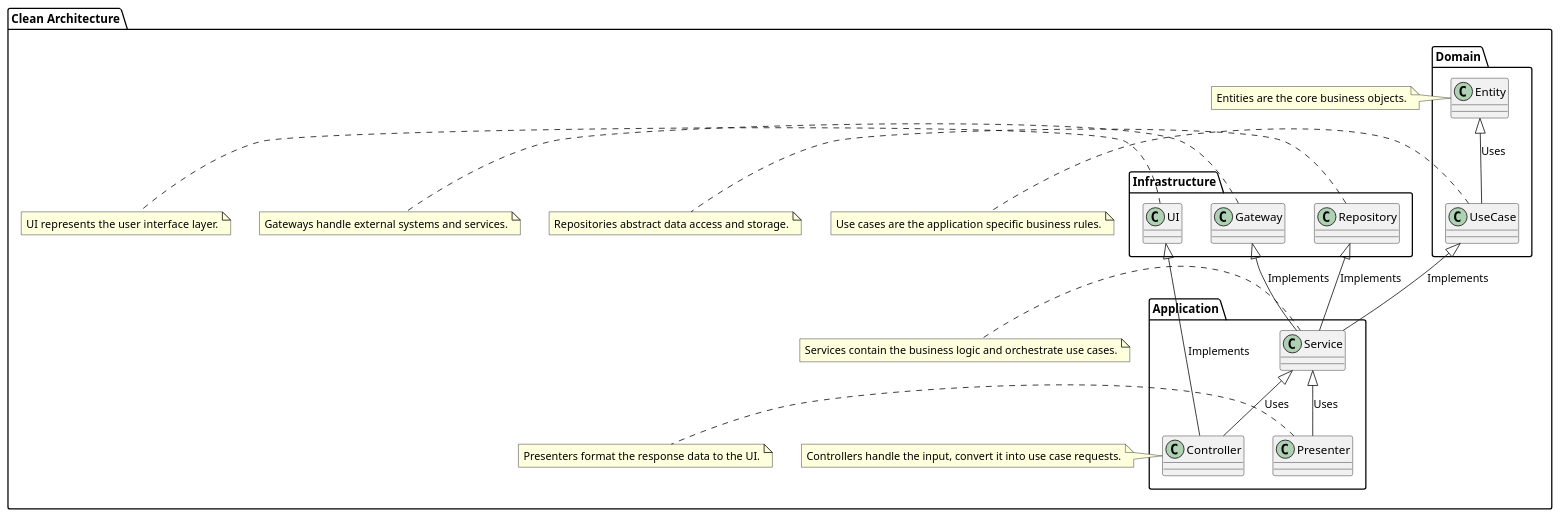
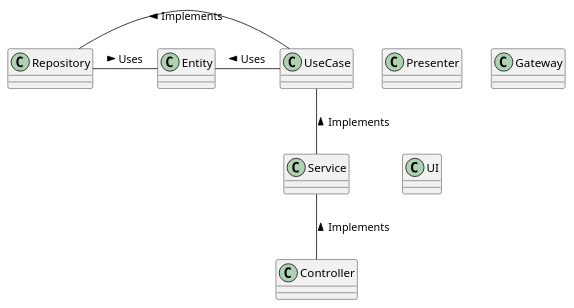
Before and after one commit to zeduardu/zd-webapp: the diagram in documentation/view-information.puml, drawn with PlantUML. The commit also changed 1 other file, not shown here.

```diff
--- a/documentation/view-information.puml
+++ b/documentation/view-information.puml
@@ -1,71 +1,58 @@
 @startuml
-
-package "Clean Architecture" {
-    package "Domain" {
-        class Entity {
-        }
-        class UseCase {
-        }
+    class Entity {
     }
-
-    package "Application" {
-        class Service {
-        }
-        class Controller {
-        }
-        class Presenter {
-        }
+    class UseCase {
     }
-
-    package "Infrastructure" {
-        class Repository {
-        }
-        class Gateway {
-        }
-        class UI {
-        }
+    class Service {
+    }
+    class Controller {
+    }
+    class Presenter {
+    }
+    class Repository {
+    }
+    class Gateway {
+    }
+    class UI {
     }
 
     ' Relationships
-    Entity <|-- UseCase : Uses
-    UseCase <|-- Service : Implements
-    Service <|-- Controller : Uses
-    Service <|-- Presenter : Uses
-    Repository <|-- Service : Implements
-    Gateway <|-- Service : Implements
-    UI <|-- Controller : Implements
+    Entity -right- UseCase : < Uses
+    Entity -left- Repository : < Uses
+    Repository -right- UseCase : < Implements
+    UseCase -- Service : < Implements
+    Service -- Controller : < Implements
 
-    ' Annotations to clarify
-    note right of Entity
-        Entities are the core business objects.
-    end note
+    ' ' Annotations to clarify
+    ' note right of Entity
+    '     Entities are the core business objects.
+    ' end note
 
-    note right of UseCase
-        Use cases are the application specific business rules.
-    end note
+    ' note right of UseCase
+    '     Use cases are the application specific business rules.
+    ' end note
 
-    note right of Service
-        Services contain the business logic and orchestrate use cases.
-    end note
+    ' note right of Service
+    '     Services contain the business logic and orchestrate use cases.
+    ' end note
 
-    note right of Controller
-        Controllers handle the input, convert it into use case requests.
-    end note
+    ' note right of Controller
+    '     Controllers handle the input, convert it into use case requests.
+    ' end note
 
-    note right of Presenter
-        Presenters format the response data to the UI.
-    end note
+    ' note right of Presenter
+    '     Presenters format the response data to the UI.
+    ' end note
 
-    note right of Repository
-        Repositories abstract data access and storage.
-    end note
+    ' note right of Repository
+    '     Repositories abstract data access and storage.
+    ' end note
 
-    note right of Gateway
-        Gateways handle external systems and services.
-    end note
+    ' note right of Gateway
+    '     Gateways handle external systems and services.
+    ' end note
 
-    note right of UI
-        UI represents the user interface layer.
-    end note
-}
+    ' note right of UI
+    '     UI represents the user interface layer.
+    ' end note
 @enduml
```
